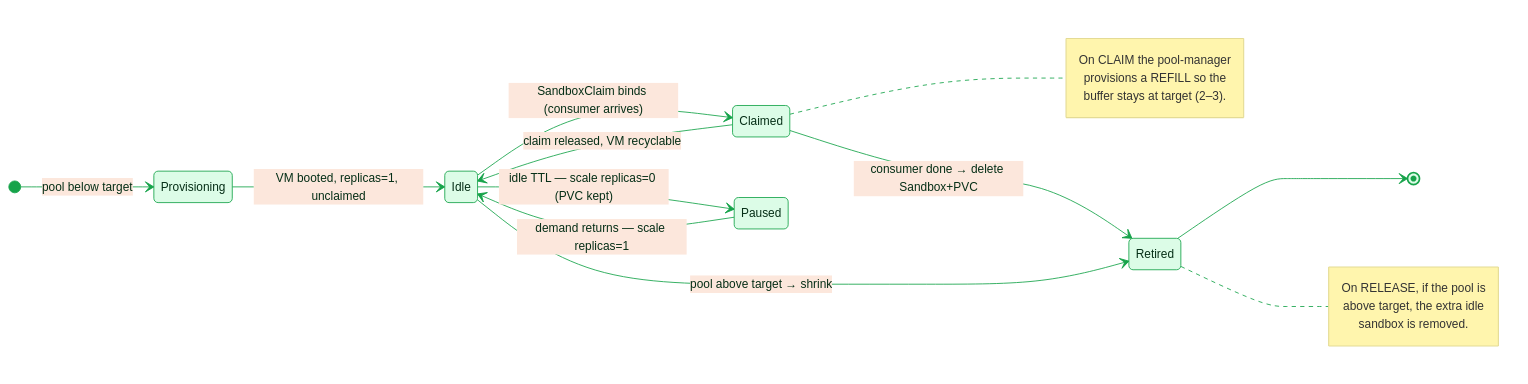
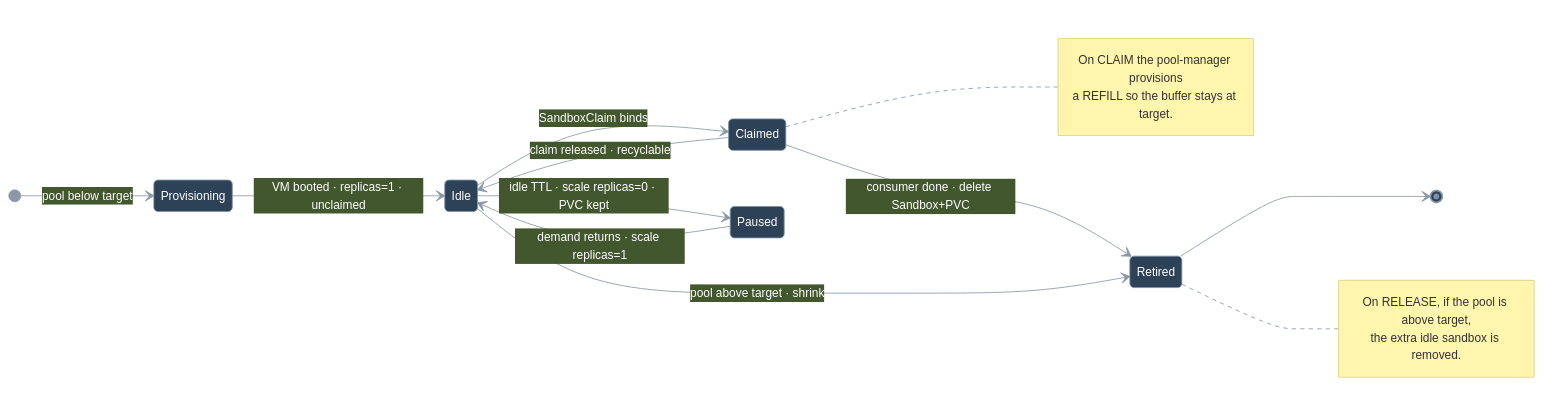
The second of 2 diagrams in docs/dark-factory/diagrams/flow-a-sandbox-capability.md (aws-samples/sample-open-agentic-platform), drawn with Mermaid before and after one commit. The commit also changed other lines of this file and 1 other file, not shown here.

First line of the commit message:
docs(dark-factory): restyle diagrams to AWS dark-canvas keynote theme

````diff
--- a/docs/dark-factory/diagrams/flow-a-sandbox-capability.md
+++ b/docs/dark-factory/diagrams/flow-a-sandbox-capability.md
@@ -76,25 +87,26 @@
 ```mermaid
-%%{init: {'theme':'base','themeVariables':{'fontFamily':'ui-sans-serif, system-ui','fontSize':'14px','primaryColor':'#DCFCE7','primaryBorderColor':'#16A34A','primaryTextColor':'#052E16','lineColor':'#16A34A'}}}%%
+%%{init: {'theme':'base','themeVariables':{
+  'fontFamily':'Amazon Ember, Helvetica, Arial, sans-serif','fontSize':'14px',
+  'primaryColor':'#2E4257','primaryBorderColor':'#7C8FA3','primaryTextColor':'#FFFFFF',
+  'lineColor':'#8B99A7','labelColor':'#E8EDF2'}}}%%
 stateDiagram-v2
     direction LR
     [*] --> Provisioning : pool below target
-    Provisioning --> Idle : VM booted, replicas=1, unclaimed
-    Idle --> Claimed : SandboxClaim binds (consumer arrives)
-    Claimed --> Idle : claim released, VM recyclable
-    Idle --> Paused : idle TTL — scale replicas=0 (PVC kept)
-    Paused --> Idle : demand returns — scale replicas=1
-    Claimed --> Retired : consumer done → delete Sandbox+PVC
-    Idle --> Retired : pool above target → shrink
+    Provisioning --> Idle : VM booted · replicas=1 · unclaimed
+    Idle --> Claimed : SandboxClaim binds
+    Claimed --> Idle : claim released · recyclable
+    Idle --> Paused : idle TTL · scale replicas=0 · PVC kept
+    Paused --> Idle : demand returns · scale replicas=1
+    Claimed --> Retired : consumer done · delete Sandbox+PVC
+    Idle --> Retired : pool above target · shrink
     Retired --> [*]
 
     note right of Claimed
-        On CLAIM the pool-manager
-        provisions a REFILL so the
-        buffer stays at target (2–3).
+        On CLAIM the pool-manager provisions
+        a REFILL so the buffer stays at target.
     end note
     note right of Retired
-        On RELEASE, if the pool is
-        above target, the extra idle
-        sandbox is removed.
+        On RELEASE, if the pool is above target,
+        the extra idle sandbox is removed.
     end note
 ```
````
